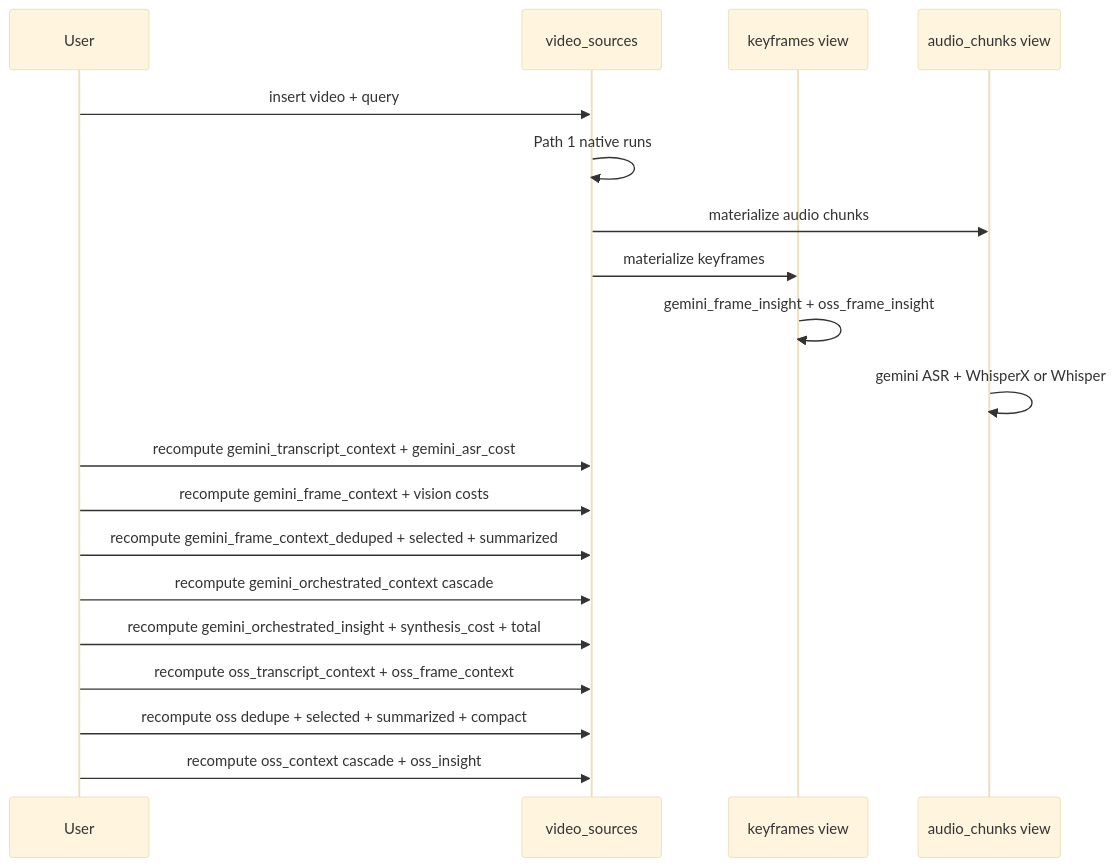
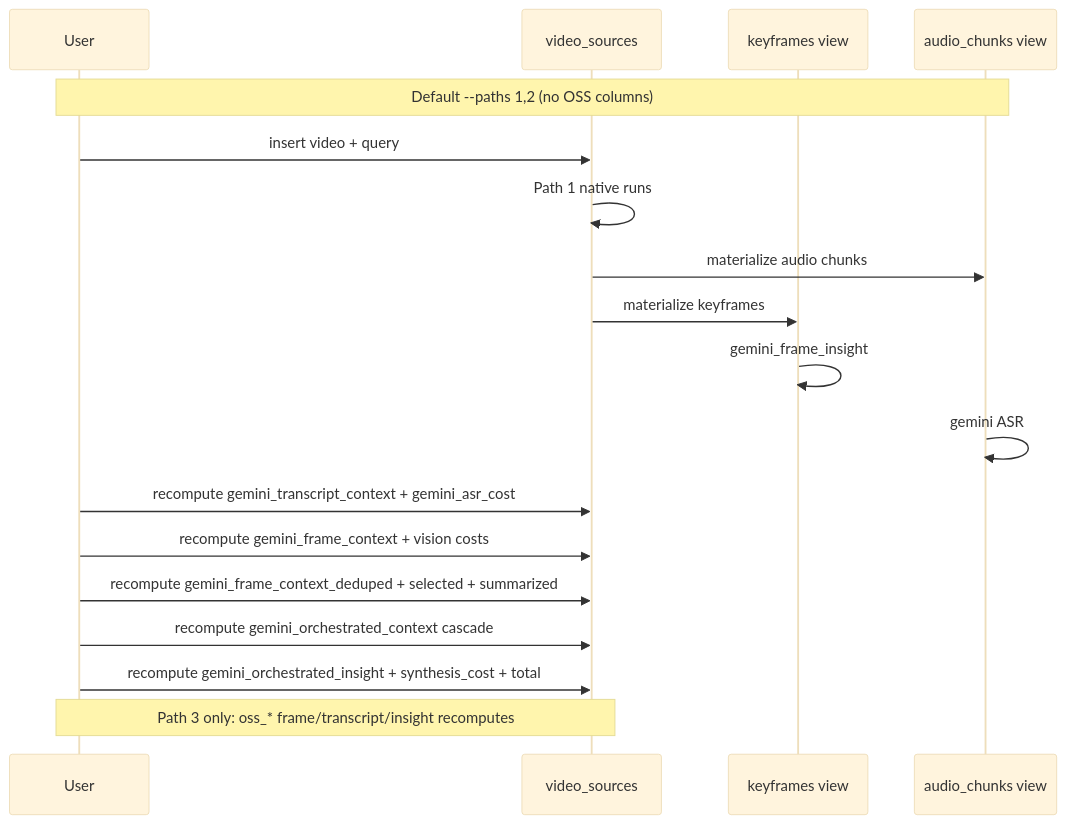
One commit to pixeltable/showcase-video-orchestration-pipeline changed the seventh of 7 diagrams in docs/WORKFLOW.md. Above: the diagram before and after it, drawn with Mermaid (base theme). The commit also changed other lines of this file and 38 other files, not shown here.

First line of the commit message:
Keep selected paths from billing or scoring the wrong work.

````diff
--- a/docs/WORKFLOW.md
+++ b/docs/WORKFLOW.md
@@ -278,22 +280,22 @@
 ```mermaid
 sequenceDiagram
     participant User
     participant VS as video_sources
     participant KF as keyframes view
     participant AC as audio_chunks view
 
+    Note over User,AC: Default --paths 1,2 (no OSS columns)
+
     User->>VS: insert video + query
     VS->>VS: Path 1 native runs
     VS->>AC: materialize audio chunks
     VS->>KF: materialize keyframes
-    KF->>KF: gemini_frame_insight + oss_frame_insight
-    AC->>AC: gemini ASR + WhisperX or Whisper
+    KF->>KF: gemini_frame_insight
+    AC->>AC: gemini ASR
     User->>VS: recompute gemini_transcript_context + gemini_asr_cost
     User->>VS: recompute gemini_frame_context + vision costs
     User->>VS: recompute gemini_frame_context_deduped + selected + summarized
     User->>VS: recompute gemini_orchestrated_context cascade
     User->>VS: recompute gemini_orchestrated_insight + synthesis_cost + total
-    User->>VS: recompute oss_transcript_context + oss_frame_context
-    User->>VS: recompute oss dedupe + selected + summarized + compact
-    User->>VS: recompute oss_context cascade + oss_insight
+    Note over User,VS: Path 3 only: oss_* frame/transcript/insight recomputes
 ```
````
